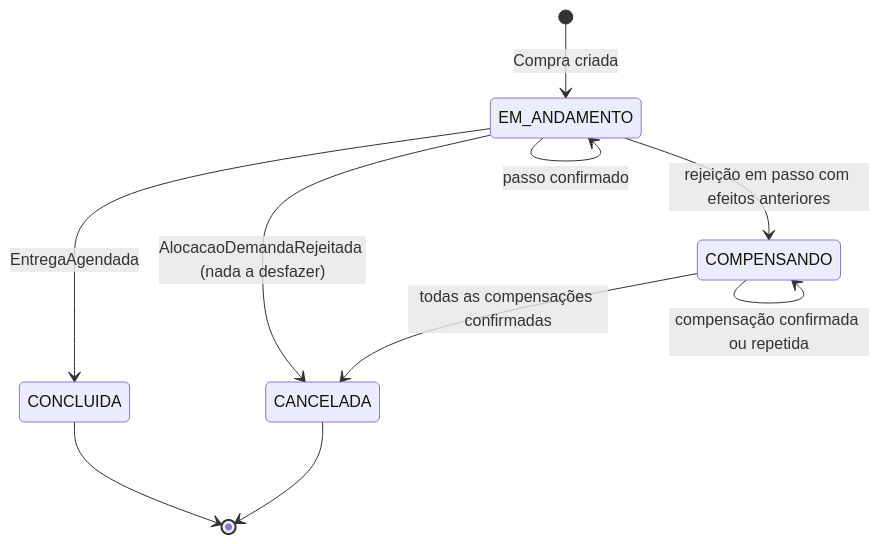
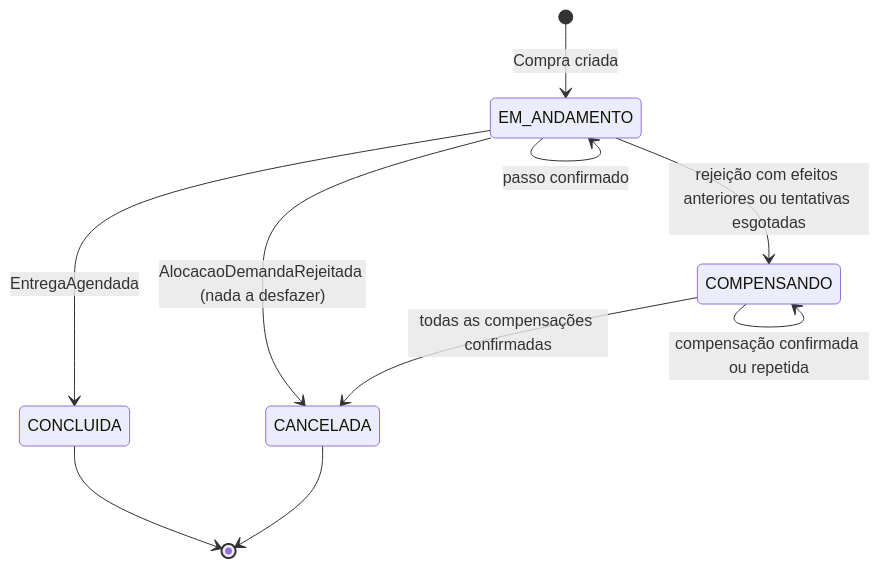
Before and after one commit to camidebem/CampoConecta: the second of 4 diagrams in docs/parte2/05-saga.md, drawn with Mermaid. The commit also changed other lines of this file, not shown here.

````diff
--- a/docs/parte2/05-saga.md
+++ b/docs/parte2/05-saga.md
@@ -98,12 +98,12 @@
 ```mermaid
 stateDiagram-v2
     [*] --> EM_ANDAMENTO: Compra criada
     EM_ANDAMENTO --> EM_ANDAMENTO: passo confirmado
     EM_ANDAMENTO --> CONCLUIDA: EntregaAgendada
-    EM_ANDAMENTO --> COMPENSANDO: rejeição em passo com efeitos anteriores
+    EM_ANDAMENTO --> COMPENSANDO: rejeição com efeitos anteriores ou tentativas esgotadas
     EM_ANDAMENTO --> CANCELADA: AlocacaoDemandaRejeitada (nada a desfazer)
     COMPENSANDO --> COMPENSANDO: compensação confirmada ou repetida
     COMPENSANDO --> CANCELADA: todas as compensações confirmadas
     CONCLUIDA --> [*]
     CANCELADA --> [*]
 ```
````
